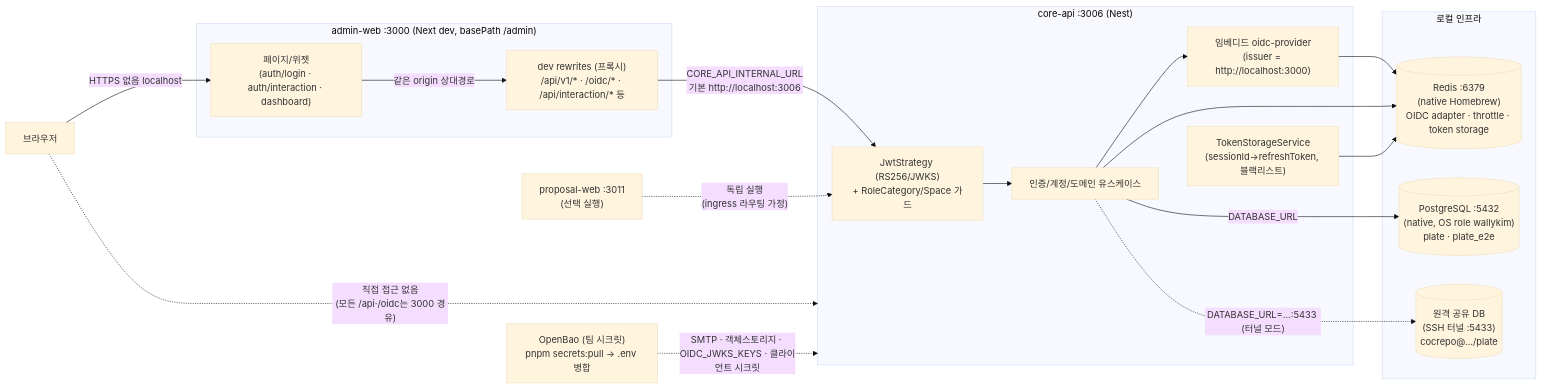
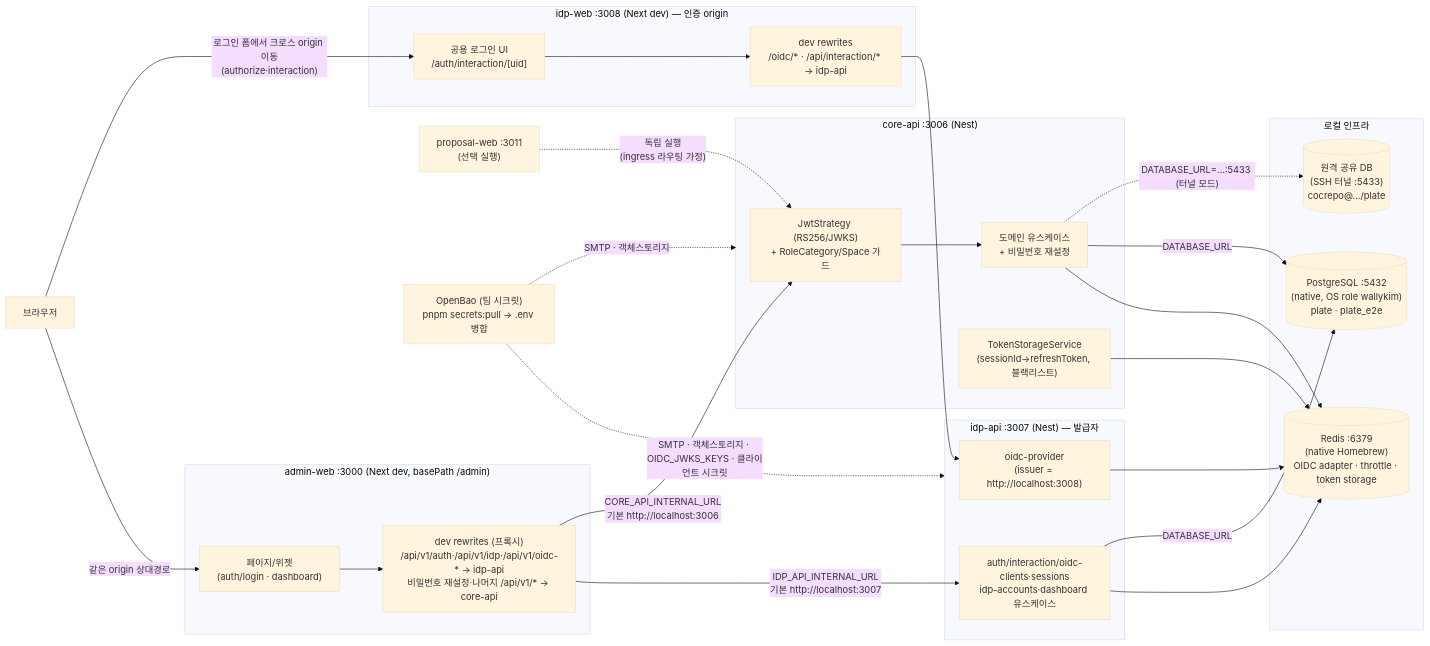
One commit to kimjoongwon/prj-core changed the first of 2 diagrams in docs/local-dev-environment.diagram.md. Above: the diagram before and after it, drawn with Mermaid (base theme). The commit also changed other lines of this file and 3 other files, not shown here.

````diff
--- a/docs/local-dev-environment.diagram.md
+++ b/docs/local-dev-environment.diagram.md
@@ -8,42 +9,56 @@
 ```mermaid
 flowchart LR
     browser["브라우저"]
 
     subgraph web["admin-web :3000 (Next dev, basePath /admin)"]
-        pages["페이지/위젯\n(auth/login · auth/interaction · dashboard)"]
-        proxy["dev rewrites (프록시)\n/api/v1/* · /oidc/* · /api/interaction/* 등"]
+        pages["페이지/위젯\n(auth/login · dashboard)"]
+        proxy["dev rewrites (프록시)\n/api/v1/auth·/api/v1/idp·/api/v1/oidc-* → idp-api\n비밀번호 재설정·나머지 /api/v1/* → core-api"]
+    end
+
+    subgraph idpweb["idp-web :3008 (Next dev) — 인증 origin"]
+        loginui["공용 로그인 UI\n/auth/interaction/[uid]"]
+        idpproxy["dev rewrites\n/oidc/* · /api/interaction/* → idp-api"]
+    end
+
+    subgraph idpapi["idp-api :3007 (Nest) — 발급자"]
+        oidc["oidc-provider\n(issuer = http://localhost:3008)"]
+        authuc["auth/interaction/oidc-clients·sessions\nidp-accounts·dashboard 유스케이스"]
     end
 
     subgraph api["core-api :3006 (Nest)"]
         guards["JwtStrategy (RS256/JWKS)\n+ RoleCategory/Space 가드"]
-        oidc["임베디드 oidc-provider\n(issuer = http://localhost:3000)"]
-        uc["인증/계정/도메인 유스케이스"]
+        uc["도메인 유스케이스\n+ 비밀번호 재설정"]
         storage["TokenStorageService\n(sessionId→refreshToken, 블랙리스트)"]
     end
 
     proposal["proposal-web :3011\n(선택 실행)"]
 
     subgraph infra["로컬 인프라"]
         redis[("Redis :6379\n(native Homebrew)\nOIDC adapter · throttle · token storage")]
         pgLocal[("PostgreSQL :5432\n(native, OS role wallykim)\nplate · plate_e2e")]
         pgRemote[("원격 공유 DB\n(SSH 터널 :5433)\ncocrepo@…/plate")]
     end
 
     bao["OpenBao (팀 시크릿)\npnpm secrets:pull → .env 병합"]
 
-    browser -->|"HTTPS 없음 localhost"| pages
-    pages -->|"같은 origin 상대경로"| proxy
+    browser -->|"같은 origin 상대경로"| pages
+    pages --> proxy
+    proxy -->|"IDP_API_INTERNAL_URL\n기본 http://localhost:3007"| authuc
     proxy -->|"CORE_API_INTERNAL_URL\n기본 http://localhost:3006"| guards
-    browser -.->|"직접 접근 없음\n(모든 /api·/oidc는 3000 경유)"| api
+    browser -->|"로그인 폼에서 크로스 origin 이동\n(authorize·interaction)"| loginui
+    loginui --> idpproxy
+    idpproxy --> oidc
     proposal -.->|"독립 실행\n(ingress 라우팅 가정)"| guards
 
+    oidc --> redis
+    authuc --> redis
     guards --> uc
-    uc --> oidc
-    oidc --> redis
     uc --> redis
     storage --> redis
+    authuc -->|"DATABASE_URL"| pgLocal
     uc -->|"DATABASE_URL"| pgLocal
     uc -.->|"DATABASE_URL=…:5433 (터널 모드)"| pgRemote
 
-    bao -.->|"SMTP · 객체스토리지 · OIDC_JWKS_KEYS · 클라이언트 시크릿"| api
+    bao -.->|"SMTP · 객체스토리지 · OIDC_JWKS_KEYS · 클라이언트 시크릿"| idpapi
+    bao -.->|"SMTP · 객체스토리지"| api
 ```
````
